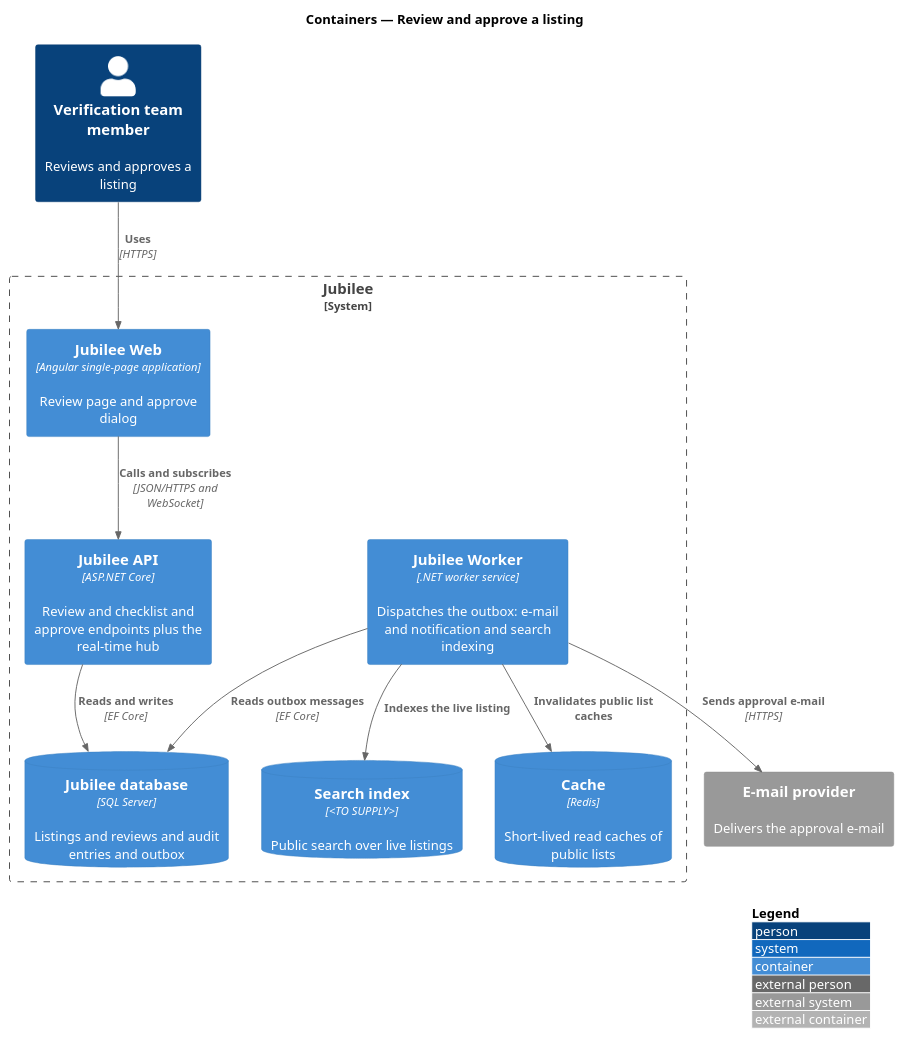
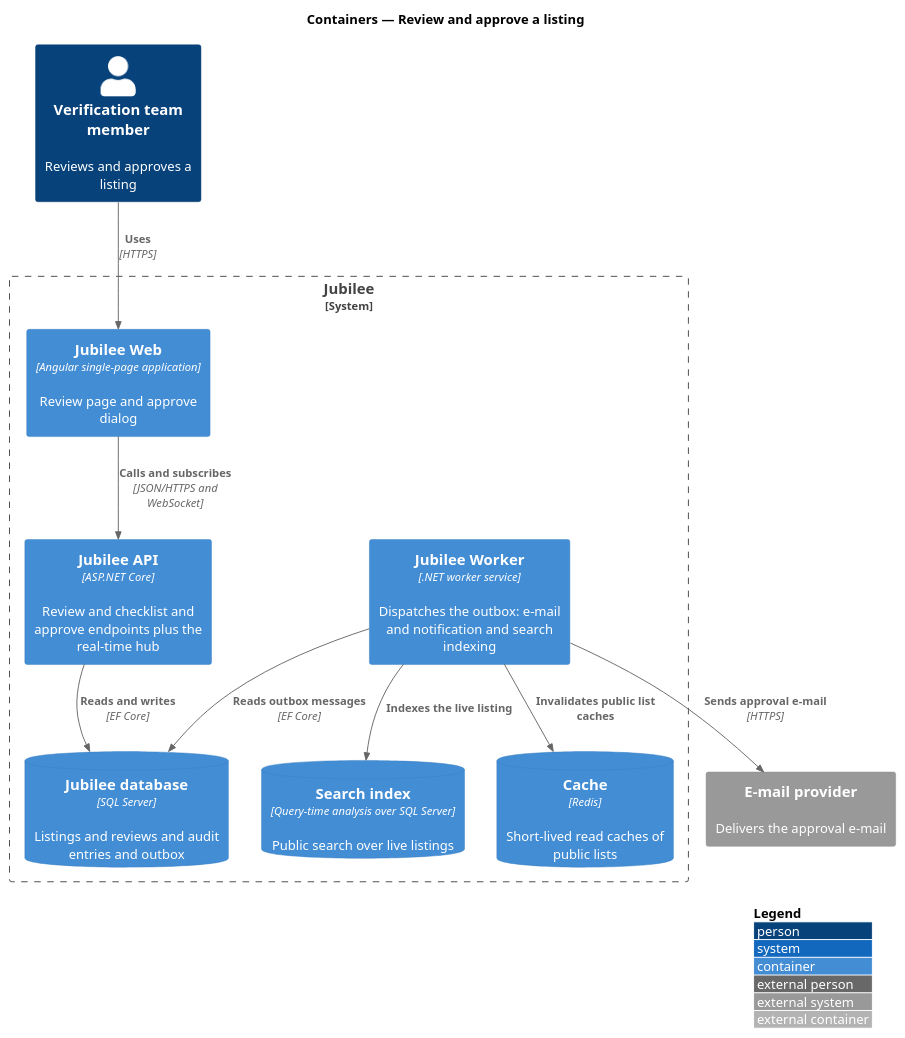
One commit to QuinntyneBrown/jubilee changed the diagram in docs/detailed-designs/verification/review-and-approve-listing/diagrams/c4-container.puml. Above: the diagram before and after it, drawn with PlantUML. The commit also changed 34 other files, not shown here.

First line of the commit message:
Search: the index over the database is the final design, with no indexing job (ADR 0011, L2-029 AC7)

```diff
--- a/docs/detailed-designs/verification/review-and-approve-listing/diagrams/c4-container.puml
+++ b/docs/detailed-designs/verification/review-and-approve-listing/diagrams/c4-container.puml
@@ -1,23 +1,23 @@
 @startuml
 !include <C4/C4_Container>
 LAYOUT_WITH_LEGEND()
 title Containers — Review and approve a listing
 Person(verifier, "Verification team member", "Reviews and approves a listing")
 System_Boundary(jubilee, "Jubilee") {
   Container(web, "Jubilee Web", "Angular single-page application", "Review page and approve dialog")
   Container(api, "Jubilee API", "ASP.NET Core", "Review and checklist and approve endpoints plus the real-time hub")
   Container(worker, "Jubilee Worker", ".NET worker service", "Dispatches the outbox: e-mail and notification and search indexing")
   ContainerDb(db, "Jubilee database", "SQL Server", "Listings and reviews and audit entries and outbox")
-  ContainerDb(search, "Search index", "<TO SUPPLY>", "Public search over live listings")
+  ContainerDb(search, "Search index", "Query-time analysis over SQL Server", "Public search over live listings")
   ContainerDb(cache, "Cache", "Redis", "Short-lived read caches of public lists")
 }
 System_Ext(email, "E-mail provider", "Delivers the approval e-mail")
 
 Rel(verifier, web, "Uses", "HTTPS")
 Rel(web, api, "Calls and subscribes", "JSON/HTTPS and WebSocket")
 Rel(api, db, "Reads and writes", "EF Core")
 Rel(worker, db, "Reads outbox messages", "EF Core")
 Rel(worker, search, "Indexes the live listing")
 Rel(worker, cache, "Invalidates public list caches")
 Rel(worker, email, "Sends approval e-mail", "HTTPS")
 @enduml
```
